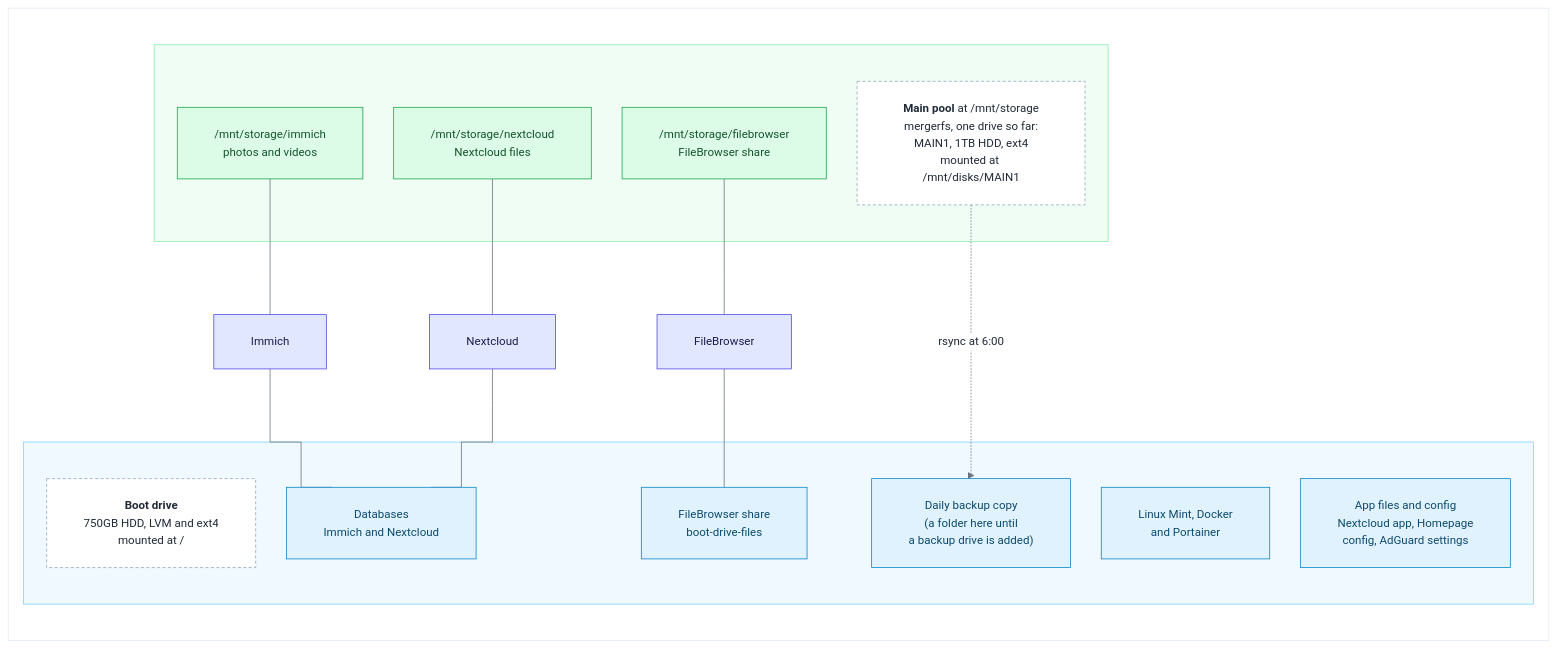
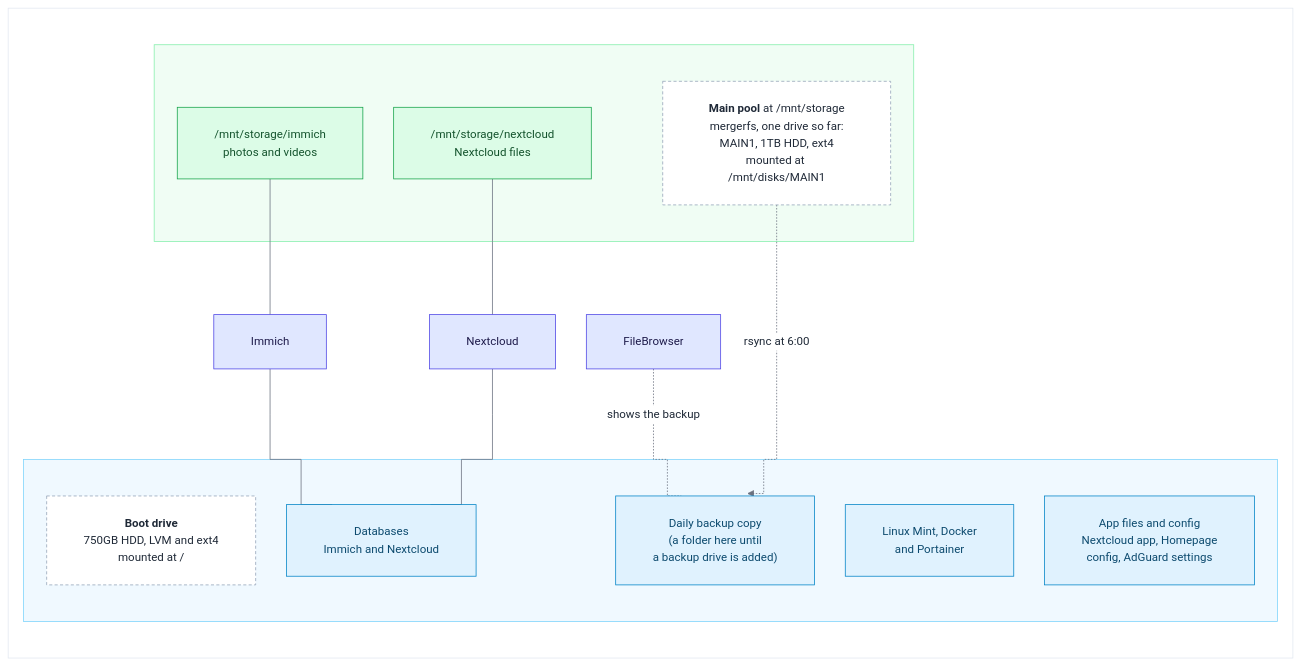
Before and after one commit to IbrandonrtI/My-Home-Lab-: the second of 2 diagrams in README.md, drawn with Mermaid. The commit also changed other lines of this file, not shown here.

````diff
--- a/README.md
+++ b/README.md
@@ -109,48 +109,45 @@
 ```mermaid
 %%{init: {"theme": "base", "flowchart": {"curve": "step", "nodeSpacing": 40, "rankSpacing": 70, "padding": 24, "htmlLabels": true}, "themeVariables": {"fontFamily": "Segoe UI, Roboto, Helvetica, Arial, sans-serif", "fontSize": "15px", "primaryColor": "#eef2ff", "primaryBorderColor": "#6366f1", "primaryTextColor": "#1f2937", "lineColor": "#6b7280", "textColor": "#1f2937", "edgeLabelBackground": "#ffffff", "clusterBkg": "#f8fafc", "clusterBorder": "#cbd5e1"}}}%%
 flowchart TB
     subgraph canvas[" "]
     direction TB
         subgraph data[" "]
             datainfo["<b>Main pool</b> at /mnt/storage<br/>mergerfs, one drive so far:<br/>MAIN1, 1TB HDD, ext4<br/>mounted at /mnt/disks/MAIN1"]
             photos["/mnt/storage/immich<br/>photos and videos"]
             files["/mnt/storage/nextcloud<br/>Nextcloud files"]
-            fb["/mnt/storage/filebrowser<br/>FileBrowser share"]
         end
 
         immichsvc["Immich"]
         ncsvc["Nextcloud"]
         fbsvc["FileBrowser"]
 
         subgraph boot[" "]
             bootinfo["<b>Boot drive</b><br/>750GB HDD, LVM and ext4<br/>mounted at /"]
             os["Linux Mint, Docker<br/>and Portainer"]
             dbs["Databases<br/>Immich and Nextcloud"]
-            share["FileBrowser share<br/>boot-drive-files"]
         bk["Daily backup copy<br/>(a folder here until<br/>a backup drive is added)"]
             cfg["App files and config<br/>Nextcloud app, Homepage<br/>config, AdGuard settings"]
         end
 
         photos --- immichsvc
         files --- ncsvc
-        fb --- fbsvc
         immichsvc --- dbs
         ncsvc --- dbs
-        fbsvc --- share
+        fbsvc -. "shows the backup" .- bk
         datainfo -. "rsync at 6:00" .-> bk
 
     end
 
     classDef svc fill:#e0e7ff,stroke:#4f46e5,color:#1e1b4b
     classDef datac fill:#dcfce7,stroke:#16a34a,color:#14532d
     classDef bootc fill:#e0f2fe,stroke:#0284c7,color:#0c4a6e
     classDef infoc fill:#ffffff,stroke:#94a3b8,color:#1f2937,stroke-dasharray: 4 3
     class immichsvc,ncsvc,fbsvc svc
-    class photos,files,fb datac
-    class os,dbs,share,cfg,bk bootc
+    class photos,files datac
+    class os,dbs,cfg,bk bootc
     class datainfo,bootinfo infoc
     style data fill:#f0fdf4,stroke:#86efac
     style boot fill:#f0f9ff,stroke:#7dd3fc
 
     style canvas fill:#ffffff,stroke:#e2e8f0,stroke-width:1px
 ```
````
